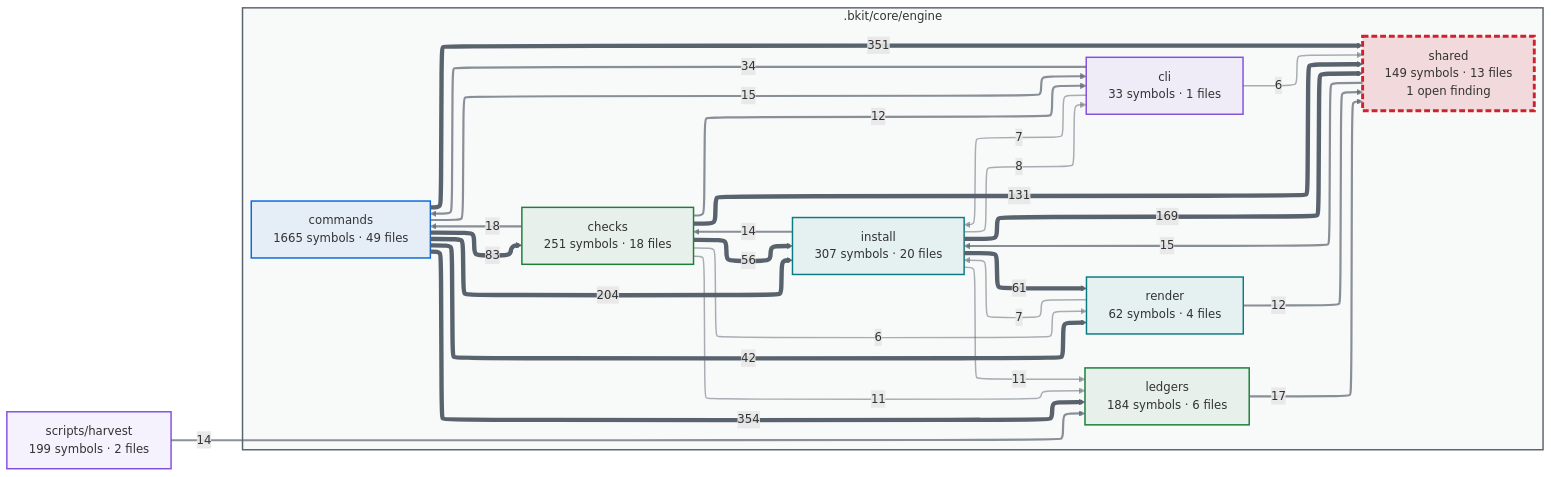
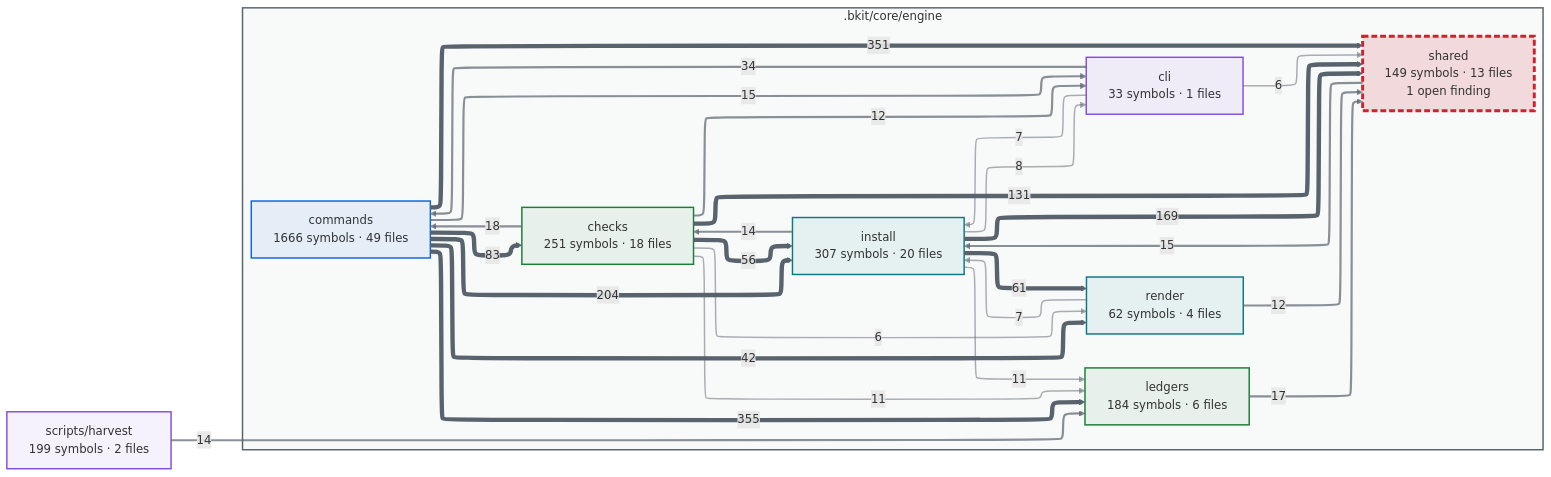
Before and after one commit to cbartens/bkit: the first of 2 diagrams in docs/capabilities.md, drawn with Mermaid. The commit also changed other lines of this file and 1 other file, not shown here.

Commit message:
docs(graphify): regenerate the capability register after rebasing onto origin/dev

````diff
--- a/docs/capabilities.md
+++ b/docs/capabilities.md
@@ -154,80 +154,80 @@
 ```mermaid
 ---
 config:
   layout: elk
   themeCSS: "marker { overflow: visible; } marker path { transform: scale(1.8); transform-origin: 5px 5px; }"
   flowchart:
     useMaxWidth: false
 ---
 flowchart LR
-  %% Generated by bkit-graphify-rollup.py from 6d3e976d65d068eac7848a19a33a5f845405d535 — do not edit
+  %% Generated by bkit-graphify-rollup.py from 9eab490e1f40d0e6d57692559217e2f0d2563c09 — do not edit
   subgraph gn_bkit_core_engine[".bkit/core/engine"]
     n_bkit_core_engine_checks["checks<br/>251 symbols · 18 files"]
     n_bkit_core_engine_cli["cli<br/>33 symbols · 1 files"]
-    n_bkit_core_engine_commands["commands<br/>1665 symbols · 49 files"]
+    n_bkit_core_engine_commands["commands<br/>1666 symbols · 49 files"]
     n_bkit_core_engine_install["install<br/>307 symbols · 20 files"]
     n_bkit_core_engine_ledgers["ledgers<br/>184 symbols · 6 files"]
     n_bkit_core_engine_render["render<br/>62 symbols · 4 files"]
     n_bkit_core_engine_shared["shared<br/>149 symbols · 13 files<br/>1 open finding"]
   end
   nscripts_harvest["scripts/harvest<br/>199 symbols · 2 files"]
-  n_bkit_core_engine_commands -->|354| n_bkit_core_engine_ledgers
+  n_bkit_core_engine_commands -->|355| n_bkit_core_engine_ledgers
   n_bkit_core_engine_commands -->|351| n_bkit_core_engine_shared
   n_bkit_core_engine_commands -->|204| n_bkit_core_engine_install
   n_bkit_core_engine_install -->|169| n_bkit_core_engine_shared
   n_bkit_core_engine_checks -->|131| n_bkit_core_engine_shared
   n_bkit_core_engine_commands -->|83| n_bkit_core_engine_checks
   n_bkit_core_engine_install -->|61| n_bkit_core_engine_render
   n_bkit_core_engine_checks -->|56| n_bkit_core_engine_install
   n_bkit_core_engine_commands -->|42| n_bkit_core_engine_render
   n_bkit_core_engine_cli -->|34| n_bkit_core_engine_commands
   n_bkit_core_engine_checks -->|18| n_bkit_core_engine_commands
   n_bkit_core_engine_ledgers -->|17| n_bkit_core_engine_shared
   n_bkit_core_engine_shared -->|15| n_bkit_core_engine_install
   n_bkit_core_engine_commands -->|15| n_bkit_core_engine_cli
   n_bkit_core_engine_install -->|14| n_bkit_core_engine_checks
   nscripts_harvest -->|14| n_bkit_core_engine_ledgers
   n_bkit_core_engine_checks -->|12| n_bkit_core_engine_cli
   n_bkit_core_engine_render -->|12| n_bkit_core_engine_shared
   n_bkit_core_engine_checks -->|11| n_bkit_core_engine_ledgers
   n_bkit_core_engine_install -->|11| n_bkit_core_engine_ledgers
   n_bkit_core_engine_install -->|8| n_bkit_core_engine_cli
   n_bkit_core_engine_cli -->|7| n_bkit_core_engine_install
   n_bkit_core_engine_render -->|7| n_bkit_core_engine_install
   n_bkit_core_engine_checks -->|6| n_bkit_core_engine_render
   n_bkit_core_engine_cli -->|6| n_bkit_core_engine_shared
   style gn_bkit_core_engine fill:#59636e0a,stroke:#59636e,stroke-width:2px
   style n_bkit_core_engine_checks stroke:#1a7f37,stroke-width:2px,fill:#1a7f3714
   style n_bkit_core_engine_cli stroke:#8250df,stroke-width:2px,fill:#8250df14
   style n_bkit_core_engine_commands stroke:#0969da,stroke-width:2px,fill:#0969da14
   style n_bkit_core_engine_install stroke:#0a7b83,stroke-width:2px,fill:#0a7b8314
   style n_bkit_core_engine_ledgers stroke:#1a7f37,stroke-width:2px,fill:#1a7f3714
   style n_bkit_core_engine_render stroke:#0a7b83,stroke-width:2px,fill:#0a7b8314
   style n_bkit_core_engine_shared stroke:#cf222e,stroke-width:4px,stroke-dasharray:8 4,fill:#cf222e26
   style nscripts_harvest stroke:#8250df,stroke-width:2px,fill:#8250df14
   linkStyle 0 stroke:#59636e,stroke-width:6px
   linkStyle 1 stroke:#59636e,stroke-width:6px
   linkStyle 2 stroke:#59636e,stroke-width:6px
   linkStyle 3 stroke:#59636e,stroke-width:6px
   linkStyle 4 stroke:#59636e,stroke-width:6px
   linkStyle 5 stroke:#59636e,stroke-width:6px
   linkStyle 6 stroke:#59636e,stroke-width:6px
   linkStyle 7 stroke:#59636e,stroke-width:6px
   linkStyle 8 stroke:#59636e,stroke-width:6px
   linkStyle 9 stroke:#59636eb3,stroke-width:3px
   linkStyle 10 stroke:#59636eb3,stroke-width:3px
   linkStyle 11 stroke:#59636eb3,stroke-width:3px
   linkStyle 12 stroke:#59636eb3,stroke-width:3px
   linkStyle 13 stroke:#59636eb3,stroke-width:3px
   linkStyle 14 stroke:#59636eb3,stroke-width:3px
   linkStyle 15 stroke:#59636eb3,stroke-width:3px
   linkStyle 16 stroke:#59636eb3,stroke-width:3px
   linkStyle 17 stroke:#59636eb3,stroke-width:3px
   linkStyle 18 stroke:#59636e80,stroke-width:2px
   linkStyle 19 stroke:#59636e80,stroke-width:2px
   linkStyle 20 stroke:#59636e80,stroke-width:2px
   linkStyle 21 stroke:#59636e80,stroke-width:2px
   linkStyle 22 stroke:#59636e80,stroke-width:2px
   linkStyle 23 stroke:#59636e80,stroke-width:2px
   linkStyle 24 stroke:#59636e80,stroke-width:2px
 ```
````
